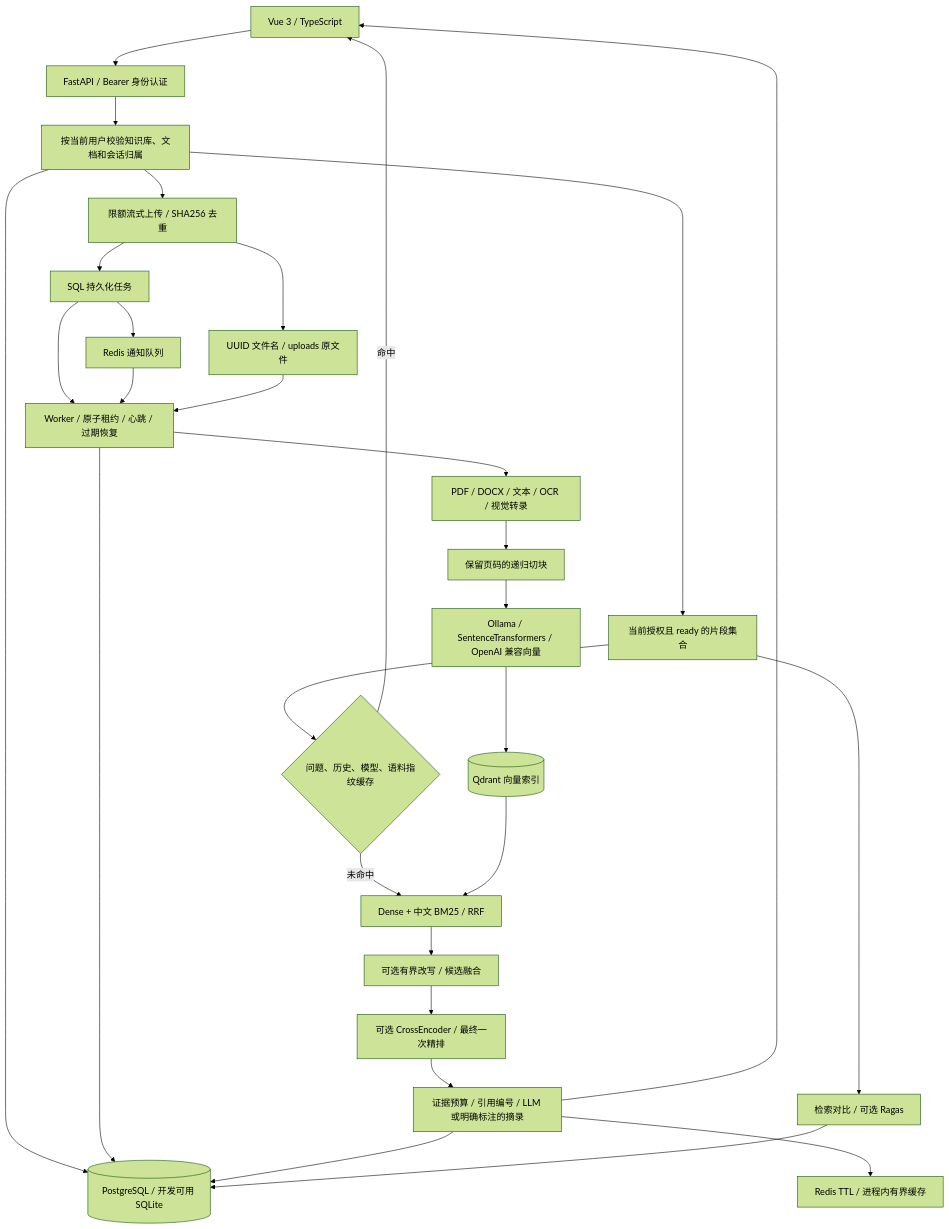
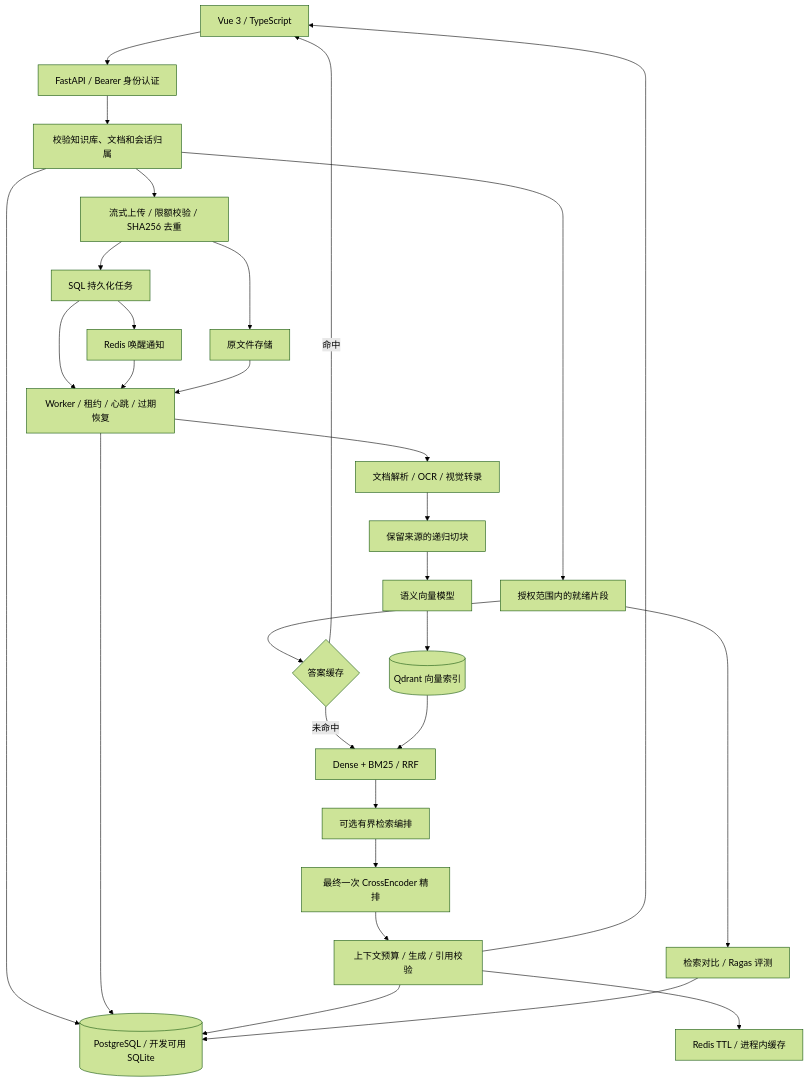
One commit to XYsiren/StudyAgent changed the first of 2 diagrams in docs/architecture.md. Above: the diagram before and after it, drawn with Mermaid (forest theme). The commit also changed other lines of this file and 5 other files, not shown here.

````diff
--- a/docs/architecture.md
+++ b/docs/architecture.md
@@ -7,31 +9,31 @@
 ```mermaid
 flowchart TD
     UI[Vue 3 / TypeScript] --> API[FastAPI / Bearer 身份认证]
-    API --> ACL[按当前用户校验知识库、文档和会话归属]
+    API --> ACL[校验知识库、文档和会话归属]
     ACL --> SQL[(PostgreSQL / 开发可用 SQLite)]
-    ACL --> Upload[限额流式上传 / SHA256 去重]
-    Upload --> Files[UUID 文件名 / uploads 原文件]
+    ACL --> Upload[流式上传 / 限额校验 / SHA256 去重]
+    Upload --> Files[原文件存储]
     Upload --> Jobs[SQL 持久化任务]
-    Jobs --> Notify[Redis 通知队列]
-    Jobs --> Worker[Worker / 原子租约 / 心跳 / 过期恢复]
+    Jobs --> Notify[Redis 唤醒通知]
+    Jobs --> Worker[Worker / 租约 / 心跳 / 过期恢复]
     Notify --> Worker
     Files --> Worker
-    Worker --> Parse[PDF / DOCX / 文本 / OCR / 视觉转录]
-    Parse --> Chunk[保留页码的递归切块]
-    Chunk --> Embedding[Ollama / SentenceTransformers / OpenAI 兼容向量]
+    Worker --> Parse[文档解析 / OCR / 视觉转录]
+    Parse --> Chunk[保留来源的递归切块]
+    Chunk --> Embedding[语义向量模型]
     Embedding --> Qdrant[(Qdrant 向量索引)]
     Worker --> SQL
-    ACL --> Scope[当前授权且 ready 的片段集合]
-    Scope --> Cache{问题、历史、模型、语料指纹缓存}
-    Cache -->|未命中| Recall[Dense + 中文 BM25 / RRF]
+    ACL --> Scope[授权范围内的就绪片段]
+    Scope --> Cache{答案缓存}
+    Cache -->|未命中| Recall[Dense + BM25 / RRF]
     Qdrant --> Recall
-    Recall --> Agent[可选有界改写 / 候选融合]
-    Agent --> Rerank[可选 CrossEncoder / 最终一次精排]
-    Rerank --> Answer[证据预算 / 引用编号 / LLM 或明确标注的摘录]
-    Answer --> CacheStore[Redis TTL / 进程内有界缓存]
+    Recall --> Agent[可选有界检索编排]
+    Agent --> Rerank[最终一次 CrossEncoder 精排]
+    Rerank --> Answer[上下文预算 / 生成 / 引用校验]
+    Answer --> CacheStore[Redis TTL / 进程内缓存]
     Answer --> SQL
     Answer --> UI
     Cache -->|命中| UI
-    Scope --> Eval[检索对比 / 可选 Ragas]
+    Scope --> Eval[检索对比 / Ragas 评测]
     Eval --> SQL
 ```
````
